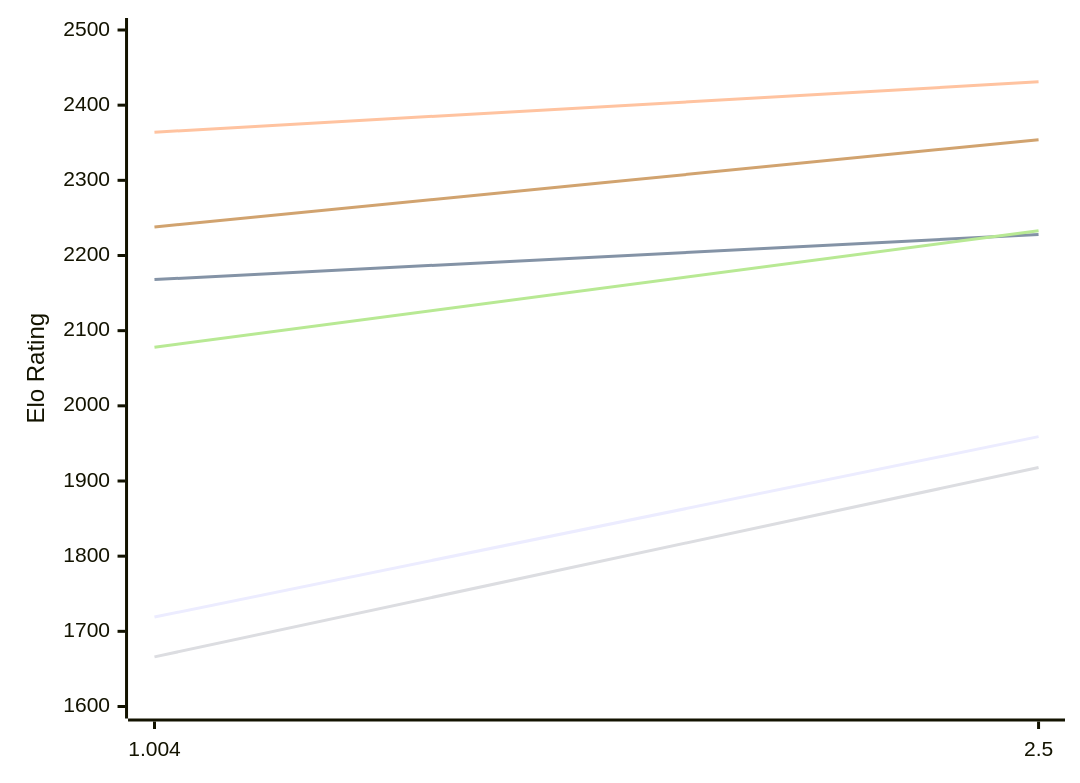
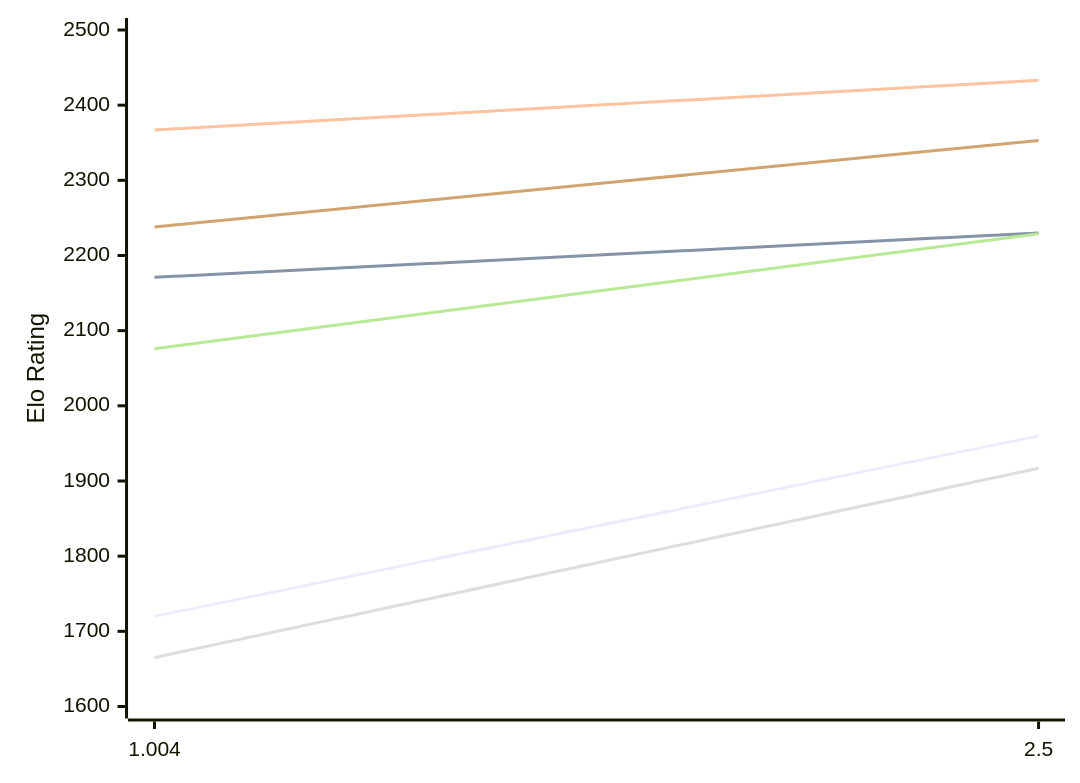
Before and after one commit to computer-chess-index/cci: the first of 2 diagrams in engines/Ares.md, drawn with Mermaid. The commit also changed other lines of this file, not shown here.

Commit message:
Update CCI Ratings (ELO VLTC) - 2026-11-22

````diff
--- a/engines/Ares.md
+++ b/engines/Ares.md
@@ -50,12 +50,12 @@
 ```mermaid
 %%{init: {"theme":"base","themeVariables":{"seriesColors:['#a3a3a3','#222221','#faa371']}}}%%
 xychart-beta
   x-axis ["1.004", "2.5"]
   y-axis "Elo Rating" 1600 --> 2500
-  line "E1: STC (8.0+0.08s)" [1719, 1959]
-  line "E1: LTC (60.0+0.60s)" [2168, 2228]
-  line "E1: VLTC (2m24s+1.12s)" [2364, 2431]
-  line "P1: STC (8.0+0.08s)" [1666, 1918]
-  line "P1: LTC (60.0+0.60s)" [2078, 2233]
-  line "P1: VLTC (2m24s+1.12s)" [2238, 2354]
+  line "E1: STC (8.0+0.08s)" [1720, 1960]
+  line "E1: LTC (60.0+0.60s)" [2171, 2230]
+  line "E1: VLTC (2m24s+1.12s)" [2367, 2433]
+  line "P1: STC (8.0+0.08s)" [1665, 1917]
+  line "P1: LTC (60.0+0.60s)" [2076, 2229]
+  line "P1: VLTC (2m24s+1.12s)" [2238, 2353]
 ```
````
